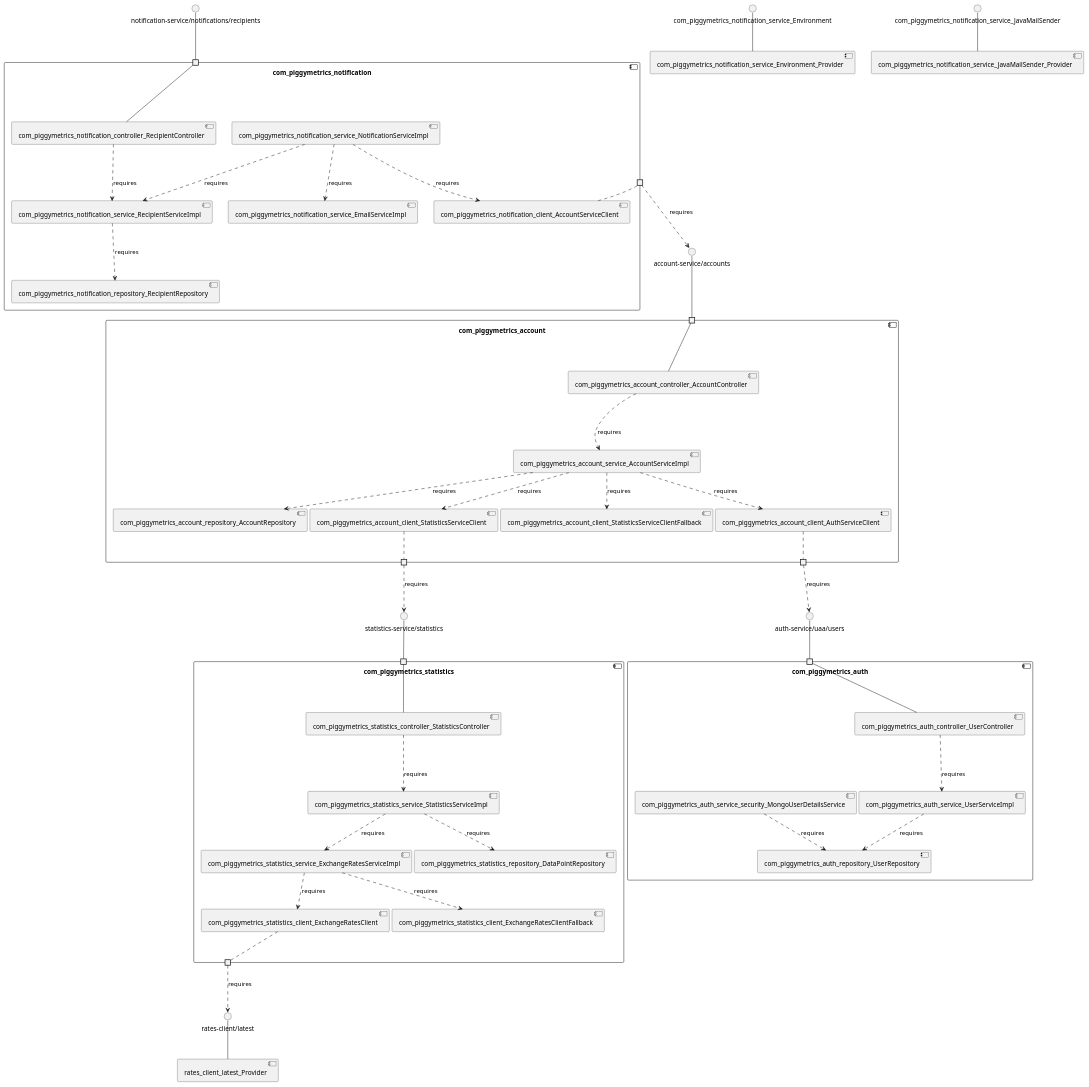
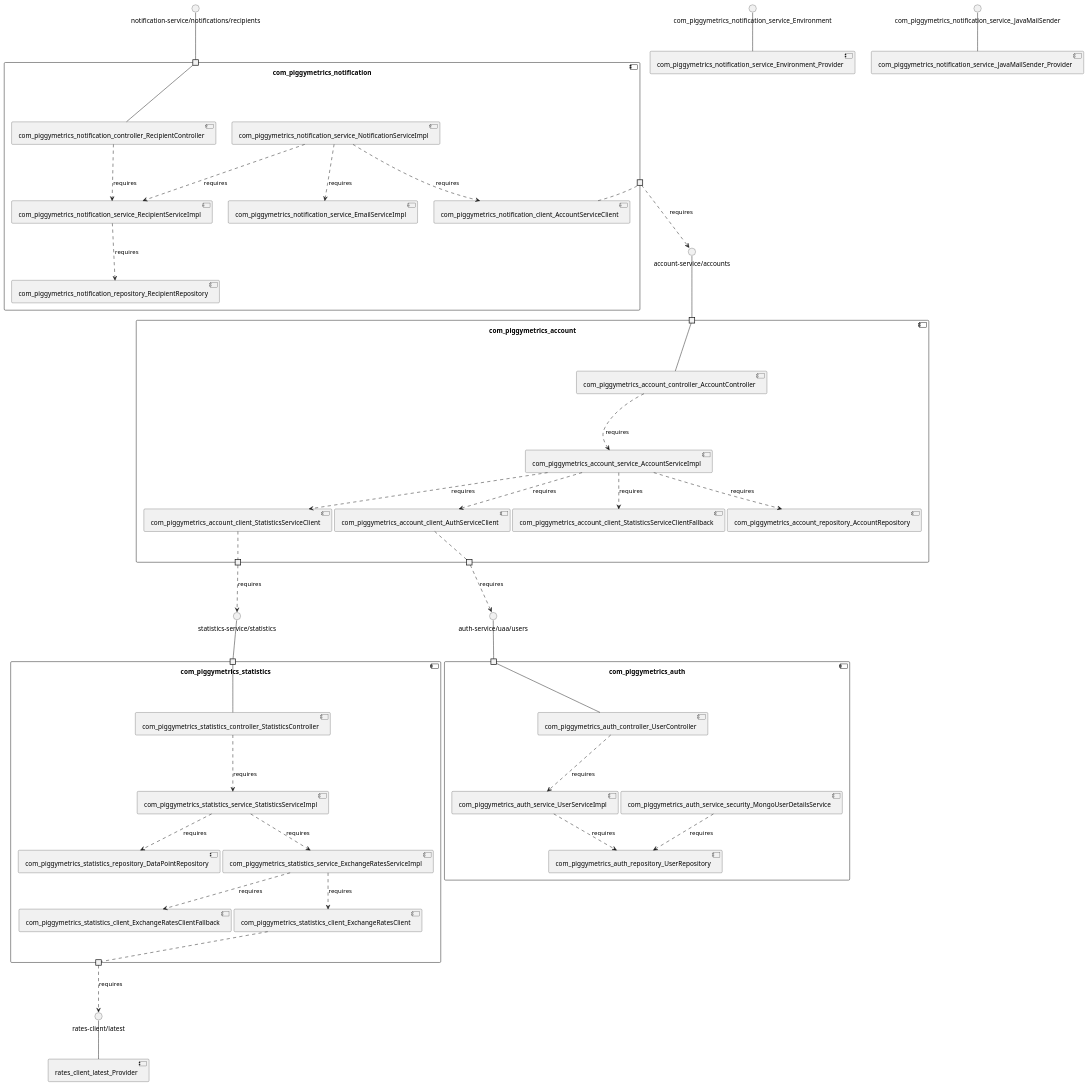
One commit to MSt-10/Palladio-ReverseEngineering-Benchmark changed the diagram in sqshq-piggymetrics/model_re/uml/componentDiagram.puml. Above: the diagram before and after it, drawn with PlantUML. The commit also changed other lines of this file and 282 other files, not shown here.

```diff
--- a/sqshq-piggymetrics/model_re/uml/componentDiagram.puml
+++ b/sqshq-piggymetrics/model_re/uml/componentDiagram.puml
@@ -1,91 +1,91 @@
 @startuml
 skinparam fixCircleLabelOverlapping true
 skinparam componentStyle uml2
 component "com_piggymetrics_account\n\n\n\n\n\n" {
+[com_piggymetrics_account_controller_AccountController]
+[com_piggymetrics_account_service_AccountServiceImpl]
+[com_piggymetrics_account_repository_AccountRepository]
+[com_piggymetrics_account_client_StatisticsServiceClient]
 [com_piggymetrics_account_client_AuthServiceClient]
-[com_piggymetrics_account_service_AccountServiceImpl]
 [com_piggymetrics_account_client_StatisticsServiceClientFallback]
-[com_piggymetrics_account_client_StatisticsServiceClient]
-[com_piggymetrics_account_repository_AccountRepository]
-[com_piggymetrics_account_controller_AccountController]
 portin " " as com_piggymetrics_account_requires_account_service_accounts
 portout " " as com_piggymetrics_account_provides_statistics_service_statistics
 portout " " as com_piggymetrics_account_provides_auth_service_uaa_users
 [com_piggymetrics_account_service_AccountServiceImpl]..>[com_piggymetrics_account_client_StatisticsServiceClientFallback] : requires
+[com_piggymetrics_account_service_AccountServiceImpl]..>[com_piggymetrics_account_client_AuthServiceClient] : requires
+[com_piggymetrics_account_service_AccountServiceImpl]..>[com_piggymetrics_account_client_StatisticsServiceClient] : requires
+[com_piggymetrics_account_service_AccountServiceImpl]..>[com_piggymetrics_account_repository_AccountRepository] : requires
 [com_piggymetrics_account_controller_AccountController]..>[com_piggymetrics_account_service_AccountServiceImpl] : requires
-[com_piggymetrics_account_service_AccountServiceImpl]..>[com_piggymetrics_account_client_AuthServiceClient] : requires
-[com_piggymetrics_account_service_AccountServiceImpl]..>[com_piggymetrics_account_repository_AccountRepository] : requires
-[com_piggymetrics_account_service_AccountServiceImpl]..>[com_piggymetrics_account_client_StatisticsServiceClient] : requires
 "com_piggymetrics_account_requires_account_service_accounts"--[com_piggymetrics_account_controller_AccountController]
 [com_piggymetrics_account_client_StatisticsServiceClient].."com_piggymetrics_account_provides_statistics_service_statistics"
 [com_piggymetrics_account_client_AuthServiceClient].."com_piggymetrics_account_provides_auth_service_uaa_users"
 }
 interface "account-service/accounts" as interface.account_service_accounts
 interface.account_service_accounts--"com_piggymetrics_account_requires_account_service_accounts"
 interface "auth-service/uaa/users" as interface.auth_service_uaa_users
 "com_piggymetrics_account_provides_auth_service_uaa_users"..>interface.auth_service_uaa_users : requires
 interface "statistics-service/statistics" as interface.statistics_service_statistics
 "com_piggymetrics_account_provides_statistics_service_statistics"..>interface.statistics_service_statistics : requires
 component "com_piggymetrics_auth\n\n\n\n\n\n" {
+[com_piggymetrics_auth_controller_UserController]
+[com_piggymetrics_auth_repository_UserRepository]
+[com_piggymetrics_auth_service_UserServiceImpl]
 [com_piggymetrics_auth_service_security_MongoUserDetailsService]
-[com_piggymetrics_auth_service_UserServiceImpl]
-[com_piggymetrics_auth_repository_UserRepository]
-[com_piggymetrics_auth_controller_UserController]
 portin " " as com_piggymetrics_auth_requires_auth_service_uaa_users
 [com_piggymetrics_auth_controller_UserController]..>[com_piggymetrics_auth_service_UserServiceImpl] : requires
 [com_piggymetrics_auth_service_security_MongoUserDetailsService]..>[com_piggymetrics_auth_repository_UserRepository] : requires
 [com_piggymetrics_auth_service_UserServiceImpl]..>[com_piggymetrics_auth_repository_UserRepository] : requires
 "com_piggymetrics_auth_requires_auth_service_uaa_users"--[com_piggymetrics_auth_controller_UserController]
 }
 interface "auth-service/uaa/users" as interface.auth_service_uaa_users
 interface.auth_service_uaa_users--"com_piggymetrics_auth_requires_auth_service_uaa_users"
 component "com_piggymetrics_notification\n\n\n\n\n\n" {
+[com_piggymetrics_notification_repository_RecipientRepository]
+[com_piggymetrics_notification_service_EmailServiceImpl]
 [com_piggymetrics_notification_service_NotificationServiceImpl]
+[com_piggymetrics_notification_service_RecipientServiceImpl]
 [com_piggymetrics_notification_client_AccountServiceClient]
-[com_piggymetrics_notification_service_RecipientServiceImpl]
-[com_piggymetrics_notification_service_EmailServiceImpl]
 [com_piggymetrics_notification_controller_RecipientController]
-[com_piggymetrics_notification_repository_RecipientRepository]
 portin " " as com_piggymetrics_notification_requires_notification_service_notifications_recipients
 portout " " as com_piggymetrics_notification_provides_account_service_accounts
+[com_piggymetrics_notification_service_NotificationServiceImpl]..>[com_piggymetrics_notification_client_AccountServiceClient] : requires
+[com_piggymetrics_notification_service_NotificationServiceImpl]..>[com_piggymetrics_notification_service_RecipientServiceImpl] : requires
 [com_piggymetrics_notification_controller_RecipientController]..>[com_piggymetrics_notification_service_RecipientServiceImpl] : requires
-[com_piggymetrics_notification_service_NotificationServiceImpl]..>[com_piggymetrics_notification_service_RecipientServiceImpl] : requires
+[com_piggymetrics_notification_service_NotificationServiceImpl]..>[com_piggymetrics_notification_service_EmailServiceImpl] : requires
 [com_piggymetrics_notification_service_RecipientServiceImpl]..>[com_piggymetrics_notification_repository_RecipientRepository] : requires
-[com_piggymetrics_notification_service_NotificationServiceImpl]..>[com_piggymetrics_notification_service_EmailServiceImpl] : requires
-[com_piggymetrics_notification_service_NotificationServiceImpl]..>[com_piggymetrics_notification_client_AccountServiceClient] : requires
 "com_piggymetrics_notification_requires_notification_service_notifications_recipients"--[com_piggymetrics_notification_controller_RecipientController]
 [com_piggymetrics_notification_client_AccountServiceClient].."com_piggymetrics_notification_provides_account_service_accounts"
 }
 interface "notification-service/notifications/recipients" as interface.notification_service_notifications_recipients
 interface.notification_service_notifications_recipients--"com_piggymetrics_notification_requires_notification_service_notifications_recipients"
 interface "account-service/accounts" as interface.account_service_accounts
 "com_piggymetrics_notification_provides_account_service_accounts"..>interface.account_service_accounts : requires
 component "com_piggymetrics_statistics\n\n\n\n\n\n" {
+[com_piggymetrics_statistics_service_StatisticsServiceImpl]
+[com_piggymetrics_statistics_controller_StatisticsController]
+[com_piggymetrics_statistics_client_ExchangeRatesClient]
+[com_piggymetrics_statistics_service_ExchangeRatesServiceImpl]
 [com_piggymetrics_statistics_repository_DataPointRepository]
-[com_piggymetrics_statistics_controller_StatisticsController]
 [com_piggymetrics_statistics_client_ExchangeRatesClientFallback]
-[com_piggymetrics_statistics_service_StatisticsServiceImpl]
-[com_piggymetrics_statistics_service_ExchangeRatesServiceImpl]
-[com_piggymetrics_statistics_client_ExchangeRatesClient]
 portin " " as com_piggymetrics_statistics_requires_statistics_service_statistics
 portout " " as com_piggymetrics_statistics_provides_rates_client_latest
+[com_piggymetrics_statistics_service_ExchangeRatesServiceImpl]..>[com_piggymetrics_statistics_client_ExchangeRatesClient] : requires
+[com_piggymetrics_statistics_service_ExchangeRatesServiceImpl]..>[com_piggymetrics_statistics_client_ExchangeRatesClientFallback] : requires
+[com_piggymetrics_statistics_service_StatisticsServiceImpl]..>[com_piggymetrics_statistics_service_ExchangeRatesServiceImpl] : requires
+[com_piggymetrics_statistics_service_StatisticsServiceImpl]..>[com_piggymetrics_statistics_repository_DataPointRepository] : requires
 [com_piggymetrics_statistics_controller_StatisticsController]..>[com_piggymetrics_statistics_service_StatisticsServiceImpl] : requires
-[com_piggymetrics_statistics_service_StatisticsServiceImpl]..>[com_piggymetrics_statistics_repository_DataPointRepository] : requires
-[com_piggymetrics_statistics_service_StatisticsServiceImpl]..>[com_piggymetrics_statistics_service_ExchangeRatesServiceImpl] : requires
-[com_piggymetrics_statistics_service_ExchangeRatesServiceImpl]..>[com_piggymetrics_statistics_client_ExchangeRatesClientFallback] : requires
-[com_piggymetrics_statistics_service_ExchangeRatesServiceImpl]..>[com_piggymetrics_statistics_client_ExchangeRatesClient] : requires
 "com_piggymetrics_statistics_requires_statistics_service_statistics"--[com_piggymetrics_statistics_controller_StatisticsController]
 [com_piggymetrics_statistics_client_ExchangeRatesClient].."com_piggymetrics_statistics_provides_rates_client_latest"
 }
 interface "statistics-service/statistics" as interface.statistics_service_statistics
 interface.statistics_service_statistics--"com_piggymetrics_statistics_requires_statistics_service_statistics"
 interface "rates-client/latest" as interface.rates_client_latest
 "com_piggymetrics_statistics_provides_rates_client_latest"..>interface.rates_client_latest : requires
 interface "com_piggymetrics_notification_service_Environment" as interface.com_piggymetrics_notification_service_Environment
 interface.com_piggymetrics_notification_service_Environment--[com_piggymetrics_notification_service_Environment_Provider]
 interface "com_piggymetrics_notification_service_JavaMailSender" as interface.com_piggymetrics_notification_service_JavaMailSender
 interface.com_piggymetrics_notification_service_JavaMailSender--[com_piggymetrics_notification_service_JavaMailSender_Provider]
 interface "rates-client/latest" as interface.rates_client_latest
 interface.rates_client_latest--[rates_client_latest_Provider]
 
 @enduml
```
